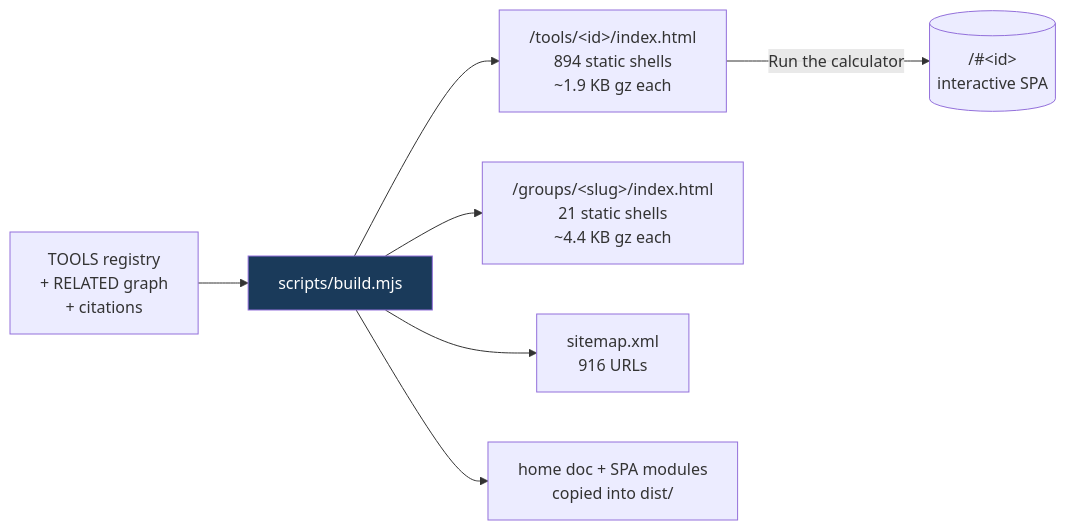
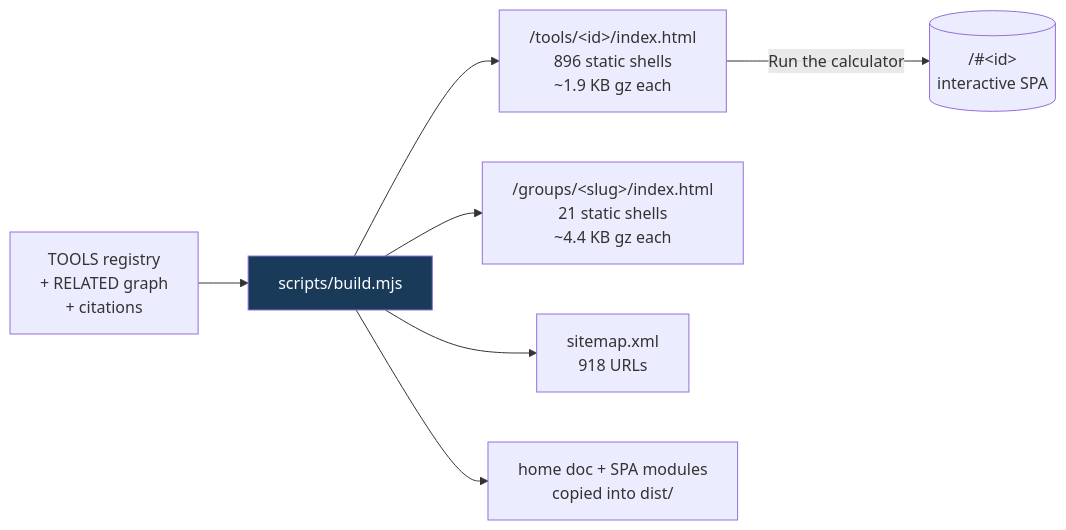
Before and after one commit to clay-good/roughlogic.com: the fifth of 8 diagrams in README.md, drawn with Mermaid. The commit also changed other lines of this file and 18 other files, not shown here.

````diff
--- a/README.md
+++ b/README.md
@@ -495,10 +495,10 @@
 ```mermaid
 flowchart LR
     SRC[TOOLS registry\n+ RELATED graph\n+ citations] --> BUILD[scripts/build.mjs]
-    BUILD --> TILE["/tools/&lt;id&gt;/index.html\n894 static shells\n~1.9 KB gz each"]
+    BUILD --> TILE["/tools/&lt;id&gt;/index.html\n896 static shells\n~1.9 KB gz each"]
     BUILD --> GROUP["/groups/&lt;slug&gt;/index.html\n21 static shells\n~4.4 KB gz each"]
-    BUILD --> MAP["sitemap.xml\n916 URLs"]
+    BUILD --> MAP["sitemap.xml\n918 URLs"]
     BUILD --> COPY[home doc + SPA modules\ncopied into dist/]
     TILE -->|Run the calculator| SPA[("/#&lt;id&gt;\ninteractive SPA")]
     style BUILD fill:#1a3a5a,color:#fff
 ```
````
